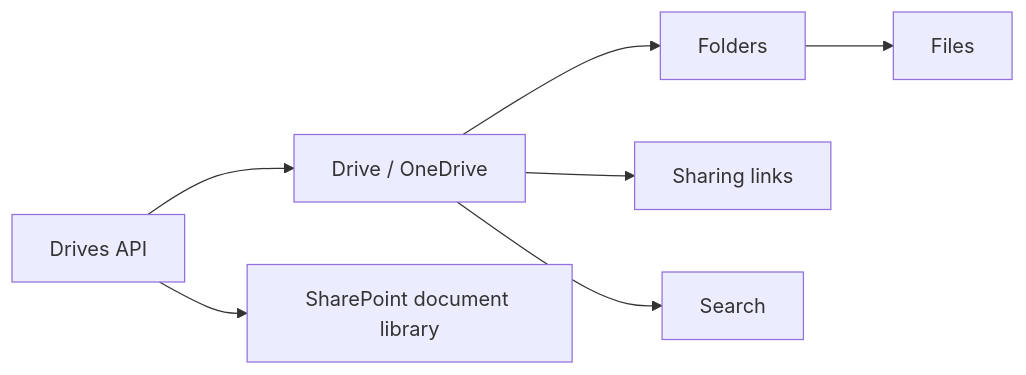
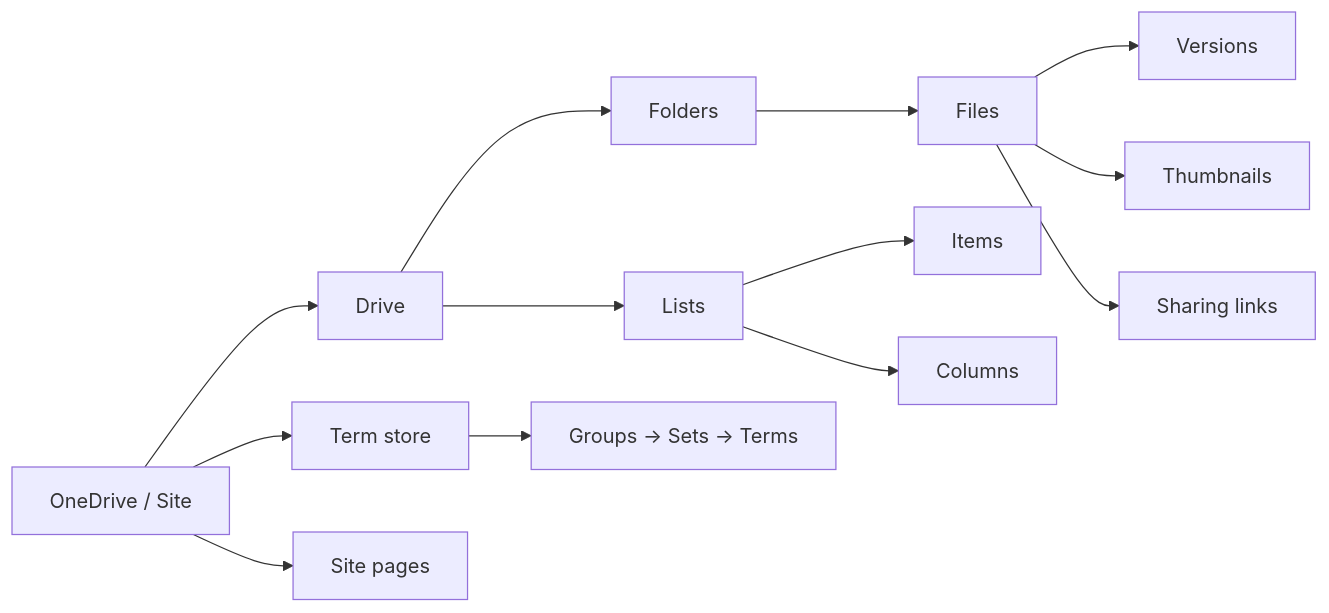
Before and after one commit to vgrem/office365-rest-python-client: the diagram in examples/onedrive/README.md, drawn with Mermaid. The commit also changed other lines of this file and 73 other files, not shown here.

````diff
--- a/examples/onedrive/README.md
+++ b/examples/onedrive/README.md
@@ -22,9 +19,15 @@
 ```mermaid
 flowchart LR
-    A[Drive / OneDrive] --> B[Folders]
-    B --> C[Files]
-    D[Drives API] --> A
-    D --> E[SharePoint document library]
-    A --> F[Sharing links]
-    A --> G[Search]
+    A[OneDrive / Site] --> B[Drive]
+    B --> C[Folders]
+    C --> D[Files]
+    D --> E[Versions]
+    D --> F[Thumbnails]
+    D --> G[Sharing links]
+    B --> H[Lists]
+    H --> I[Items]
+    H --> J[Columns]
+    A --> K[Term store]
+    K --> L[Groups → Sets → Terms]
+    A --> M[Site pages]
 ```
````
